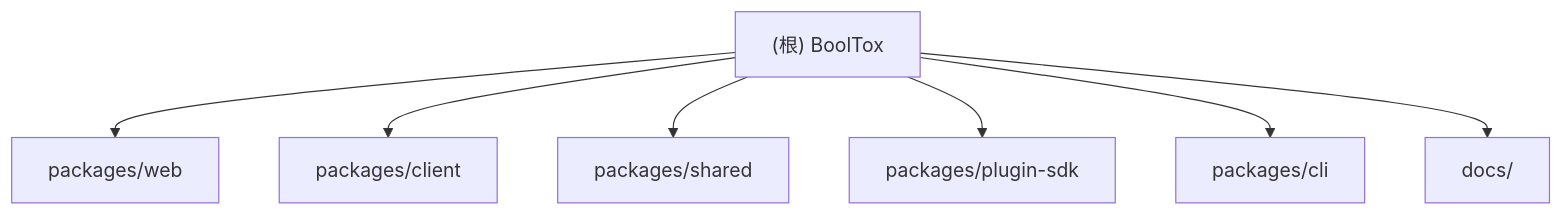
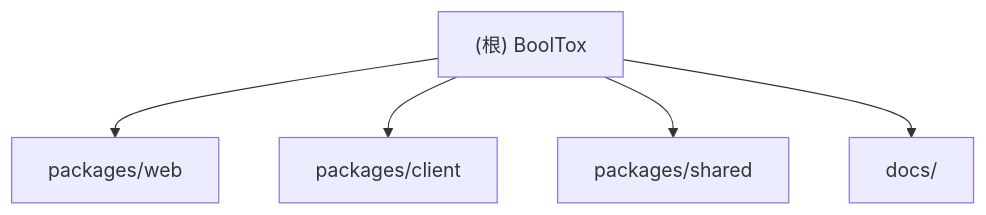
Before and after one commit to ByteTrue/BoolTox: the diagram in CLAUDE.md, drawn with Mermaid. The commit also changed other lines of this file and 15 other files, not shown here.

````diff
--- a/CLAUDE.md
+++ b/CLAUDE.md
@@ -53,16 +91,12 @@
 ```mermaid
 graph TD
     Root["(根) BoolTox"]
     Root --> Web["packages/web"]
     Root --> Client["packages/client"]
     Root --> Shared["packages/shared"]
-    Root --> SDK["packages/plugin-sdk"]
-    Root --> CLI["packages/cli"]
     Root --> Docs["docs/"]
 
     click Web "./packages/web/CLAUDE.md" "查看 Web 模块文档"
     click Client "./packages/client/CLAUDE.md" "查看 Client 模块文档"
     click Shared "./packages/shared/CLAUDE.md" "查看 Shared 模块文档"
-    click SDK "./packages/plugin-sdk/CLAUDE.md" "查看 Plugin SDK 模块文档"
-    click CLI "./packages/cli/CLAUDE.md" "查看 CLI 模块文档"
 ```
````
